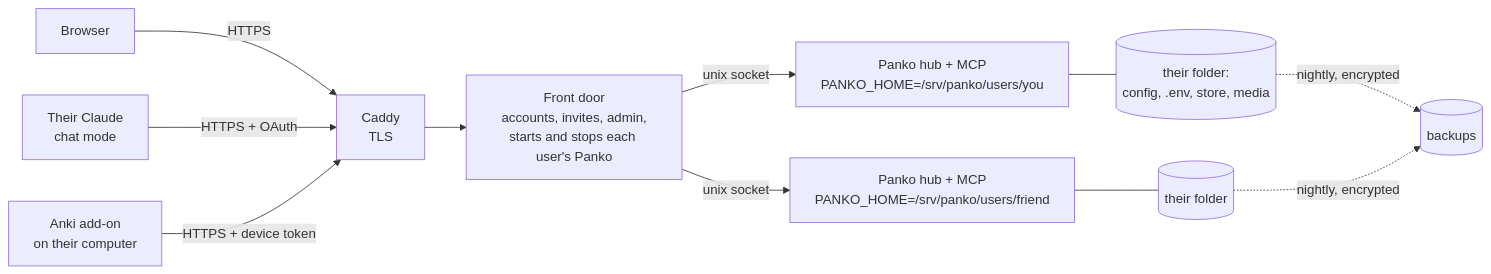
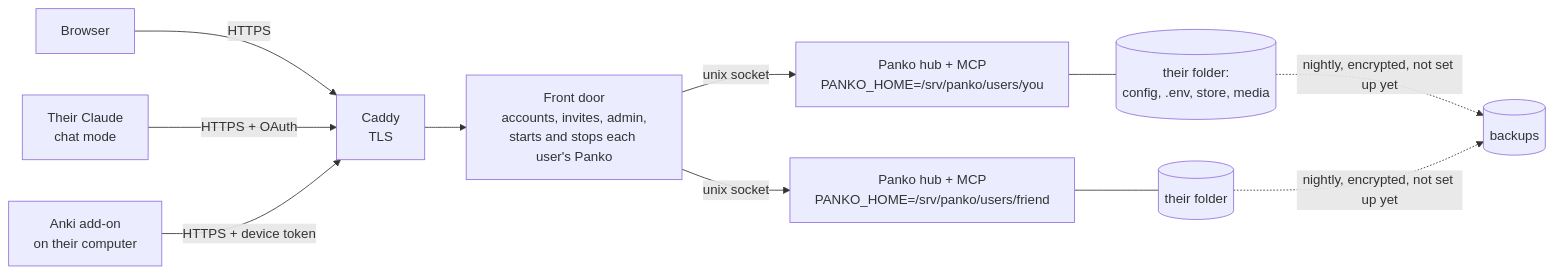
One commit to NotAHill/panko changed the diagram in docs/SPEC-hosted.md. Above: the diagram before and after it, drawn with Mermaid. The commit also changed other lines of this file, not shown here.

Commit message:
SPEC-hosted: backups are planned, not running

````diff
--- a/docs/SPEC-hosted.md
+++ b/docs/SPEC-hosted.md
@@ -20,12 +20,12 @@
 ```mermaid
 flowchart LR
     B[Browser] -- HTTPS --> C[Caddy<br/>TLS]
     CL[Their Claude<br/>chat mode] -- HTTPS + OAuth --> C
     AD[Anki add-on<br/>on their computer] -- HTTPS + device token --> C
     C --> FD[Front door<br/>accounts, invites, admin,<br/>starts and stops each user's Panko]
     FD -- unix socket --> H1[Panko hub + MCP<br/>PANKO_HOME=/srv/panko/users/you]
     FD -- unix socket --> H2[Panko hub + MCP<br/>PANKO_HOME=/srv/panko/users/friend]
     H1 --- D1[(their folder:<br/>config, .env, store, media)]
     H2 --- D2[(their folder)]
-    D1 & D2 -. nightly, encrypted .-> BK[(backups)]
+    D1 & D2 -. nightly, encrypted, not set up yet .-> BK[(backups)]
 ```
````
